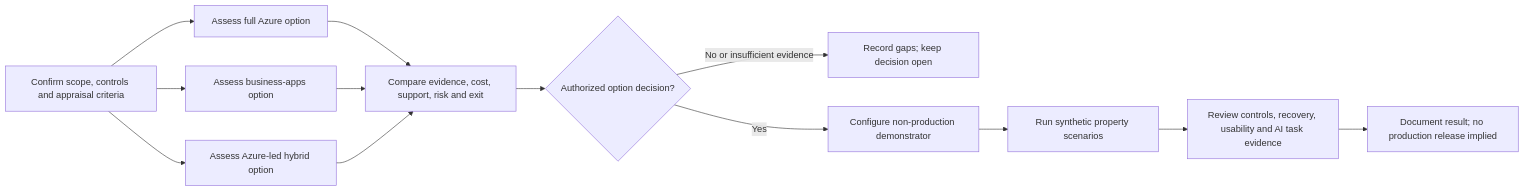
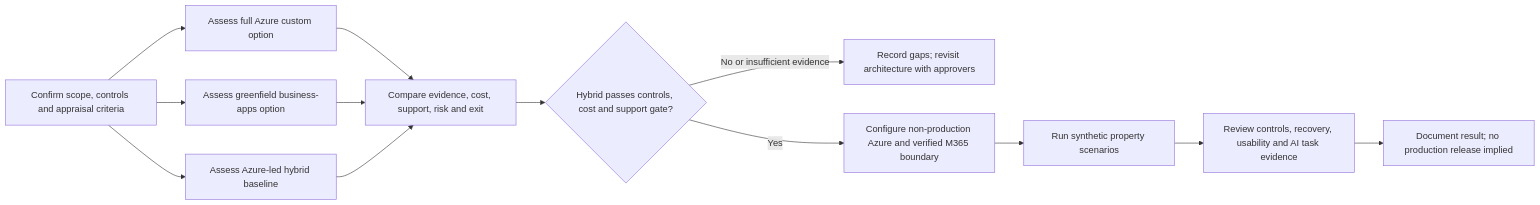
The diagram in docs/project-planning/proper-warm-retrofit-programme-demonstrator.md (jmservera/ama), drawn with Mermaid before and after one commit. The commit also changed other lines of this file and 4 other files, not shown here.

````diff
--- a/docs/project-planning/proper-warm-retrofit-programme-demonstrator.md
+++ b/docs/project-planning/proper-warm-retrofit-programme-demonstrator.md
@@ -284,15 +342,15 @@
 ```mermaid
 flowchart LR
-    A[Confirm scope, controls and appraisal criteria] --> B[Assess full Azure option]
-    A --> C[Assess business-apps option]
-    A --> D[Assess Azure-led hybrid option]
+    A[Confirm scope, controls and appraisal criteria] --> B[Assess full Azure custom option]
+    A --> C[Assess greenfield business-apps option]
+    A --> D[Assess Azure-led hybrid baseline]
     B --> E[Compare evidence, cost, support, risk and exit]
     C --> E
     D --> E
-    E --> F{Authorized option decision?}
-    F -- No or insufficient evidence --> G[Record gaps; keep decision open]
-    F -- Yes --> H[Configure non-production demonstrator]
+    E --> F{Hybrid passes controls, cost and support gate?}
+    F -- No or insufficient evidence --> G[Record gaps; revisit architecture with approvers]
+    F -- Yes --> H[Configure non-production Azure and verified M365 boundary]
     H --> I[Run synthetic property scenarios]
     I --> J[Review controls, recovery, usability and AI task evidence]
     J --> K[Document result; no production release implied]
 ```
````
